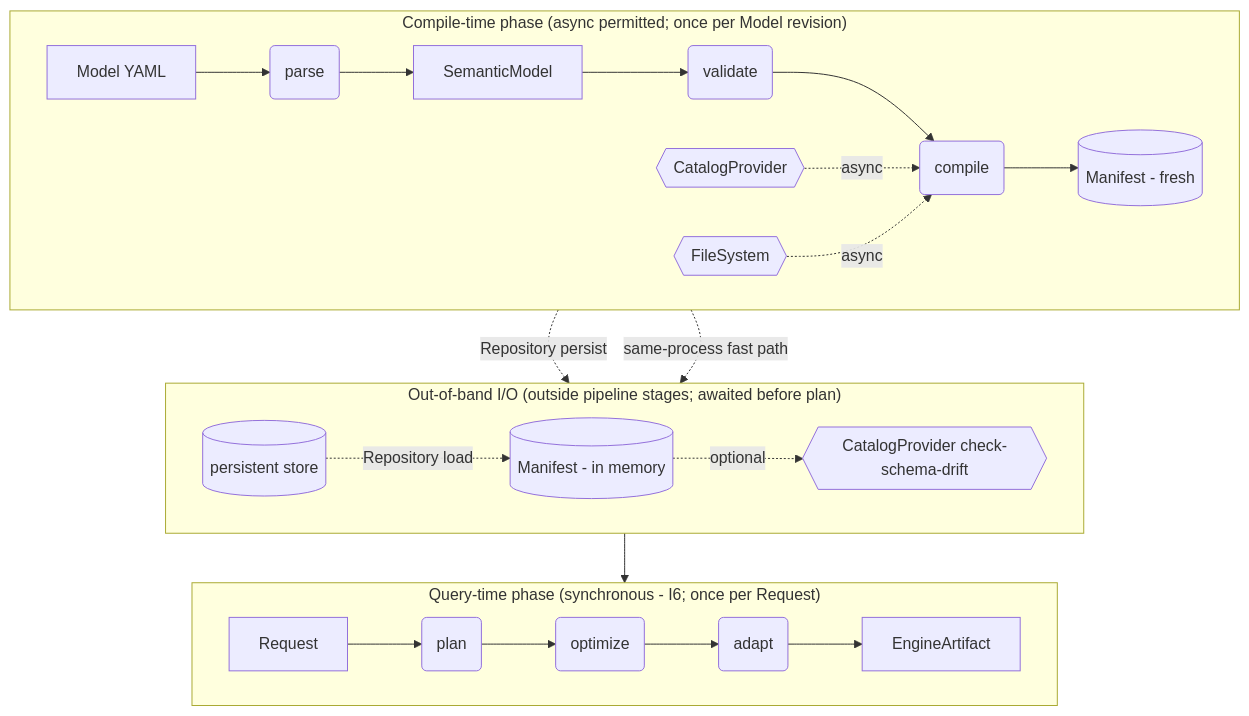
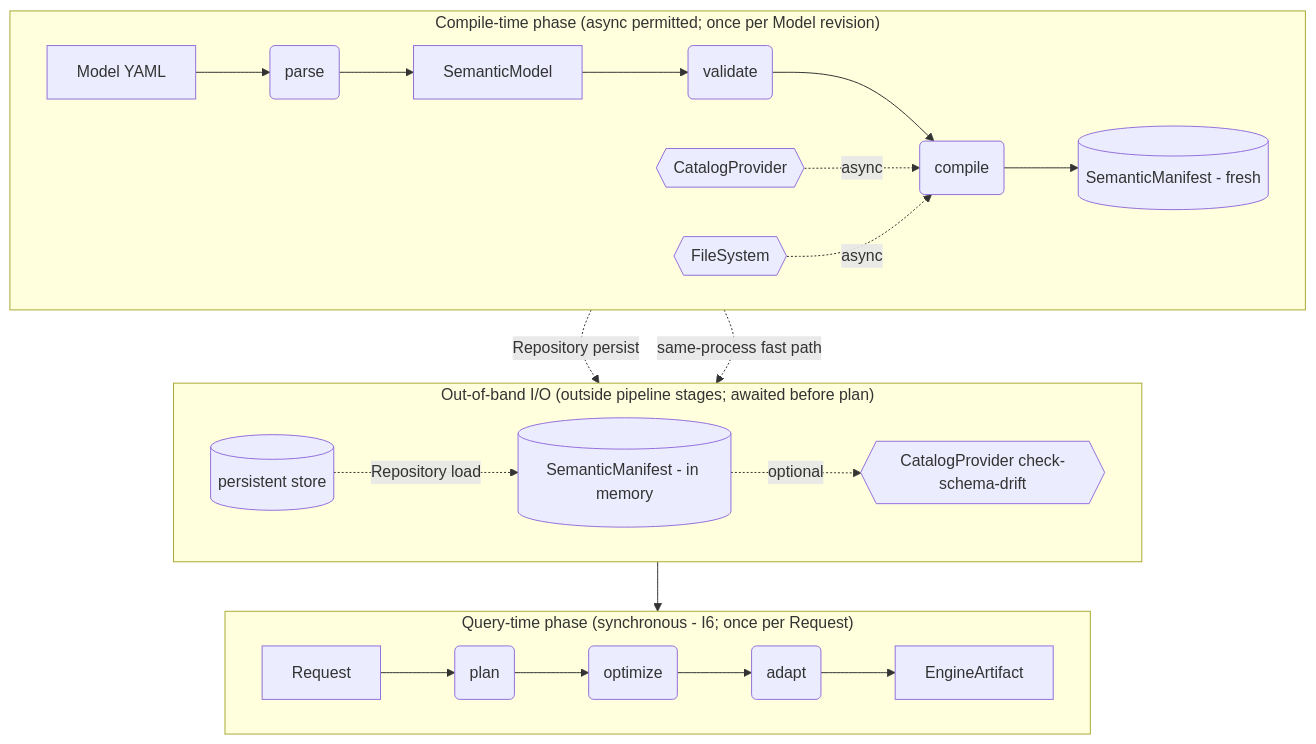
Before and after one commit to ahmetdal-funnel/semstrait: the second of 2 diagrams in docs/design/foundations/10_resolution_pipeline.md, drawn with Mermaid. The commit also changed other lines of this file and 55 other files, not shown here.

````diff
--- a/docs/design/foundations/10_resolution_pipeline.md
+++ b/docs/design/foundations/10_resolution_pipeline.md
@@ -486,31 +486,31 @@
 ```mermaid
 flowchart TD
     subgraph P1["Compile-time phase (async permitted; once per Model revision)"]
         direction LR
         Y[Model YAML] --> parse(parse)
         parse --> SM[SemanticModel]
         SM --> validate(validate)
         validate --> compile(compile)
-        compile --> M[(Manifest - fresh)]
+        compile --> M[(SemanticManifest - fresh)]
         CP{{CatalogProvider}} -.->|async| compile
         FS{{FileSystem}} -.->|async| compile
     end
 
     subgraph OB["Out-of-band I/O (outside pipeline stages; awaited before plan)"]
         direction LR
         M -.->|Repository persist| STORE[(persistent store)]
-        STORE -.->|Repository load| MEM[(Manifest - in memory)]
+        STORE -.->|Repository load| MEM[(SemanticManifest - in memory)]
         MEM -.->|optional| DRIFT{{CatalogProvider check-schema-drift}}
     end
 
     subgraph P2["Query-time phase (synchronous - I6; once per Request)"]
         direction LR
         REQ[Request] --> plan(plan)
         MEM --> plan
         plan --> optimize(optimize)
         optimize --> adapt(adapt)
         adapt --> EA[EngineArtifact]
     end
 
     M -.->|same-process fast path| MEM
 ```
````
